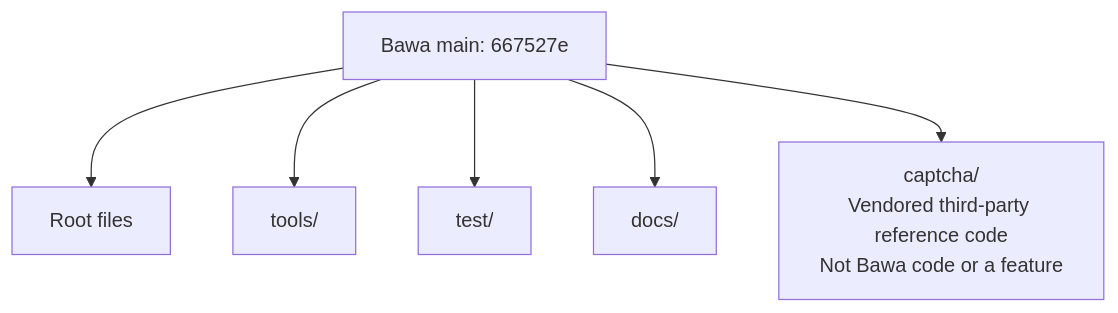
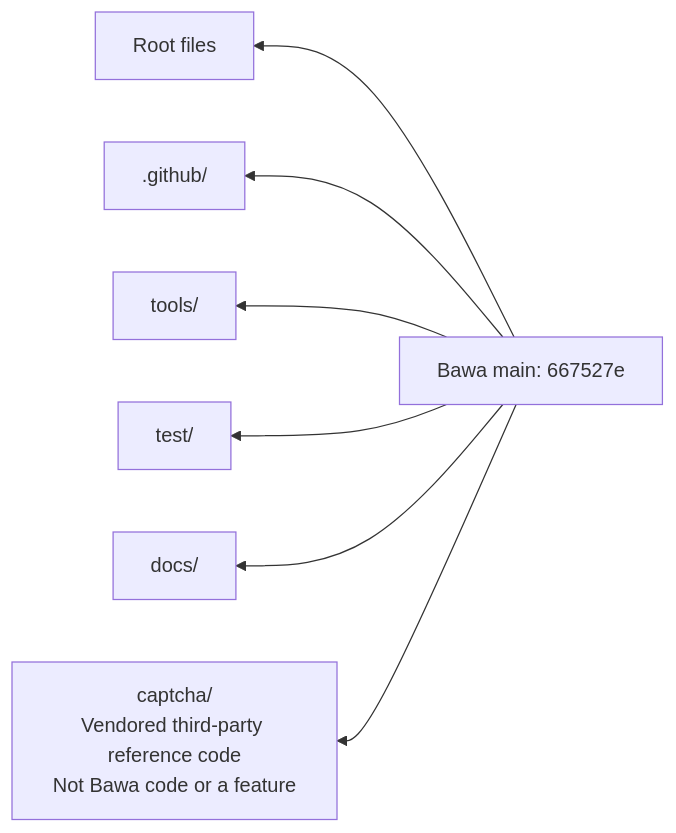
One commit to Pr3eve6ti2o/bawa changed the second of 9 diagrams in README.md. Above: the diagram before and after it, drawn with Mermaid. The commit also changed other lines of this file, not shown here.

First line of the commit message:
Fit README diagrams for mobile and desktop; fix diagram content

````diff
--- a/README.md
+++ b/README.md
@@ -115,12 +123,13 @@
 ```mermaid
-flowchart TB
+flowchart RL
   accTitle: Bawa main structure at commit 667527e
   accDescr: Layout verified at commit 667527e, with grouped documentation.
 
   repo["Bawa main: 667527e"]
   repo --> root["Root files"]
+  repo --> github[".github/"]
   repo --> tools["tools/"]
   repo --> tests["test/"]
   repo --> docs["docs/"]
   repo --> captcha["captcha/<br/>Vendored third-party reference code<br/>Not Bawa code or a feature"]
 ```
````
